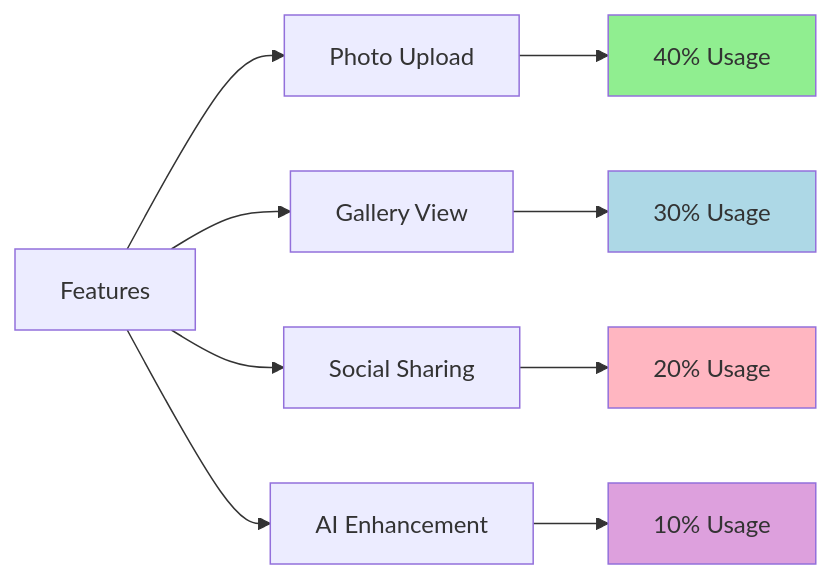
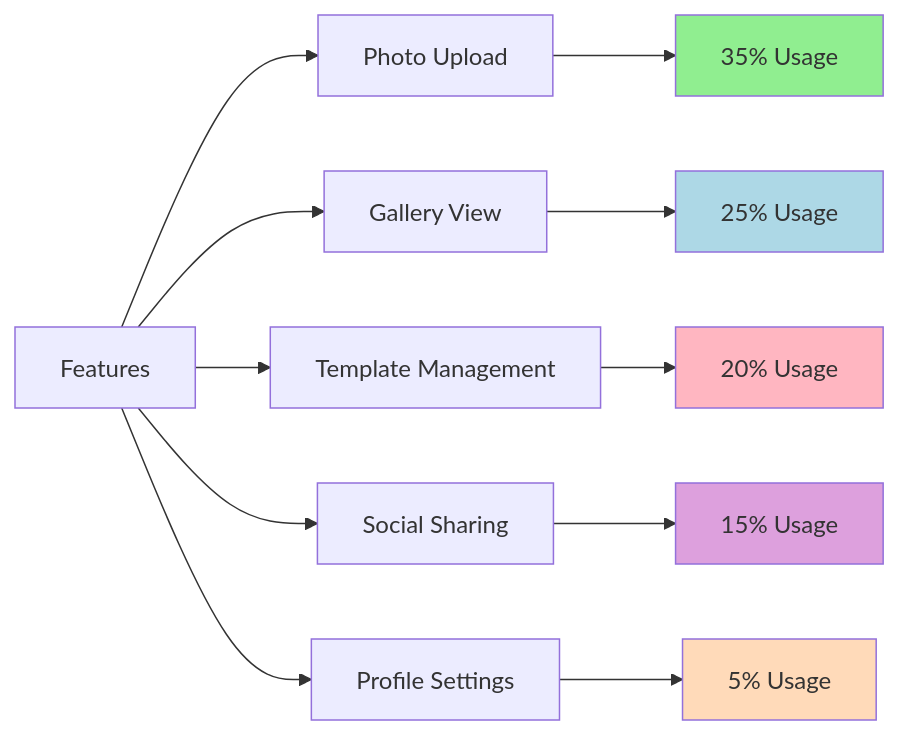
Before and after one commit to mrj0nesmtl/cloud-burst: the fourth of 4 diagrams in docs/user-flows/user_flow_overview.md, drawn with Mermaid. The commit also changed other lines of this file and 28 other files, not shown here.

Commit message:
v0.1.17: Documentation Update - Email Template Management System and Project Structure

````diff
--- a/docs/user-flows/user_flow_overview.md
+++ b/docs/user-flows/user_flow_overview.md
@@ -84,17 +92,20 @@
 ```mermaid
 graph LR
     A[Features] --> B[Photo Upload]
     A --> C[Gallery View]
-    A --> D[Social Sharing]
-    A --> E[AI Enhancement]
+    A --> D[Template Management]
+    A --> E[Social Sharing]
+    A --> F[Profile Settings]
     
-    B --> F[40% Usage]
-    C --> G[30% Usage]
-    D --> H[20% Usage]
-    E --> I[10% Usage]
+    B --> G[35% Usage]
+    C --> H[25% Usage]
+    D --> I[20% Usage]
+    E --> J[15% Usage]
+    F --> K[5% Usage]
 
-    style F fill:#90EE90
-    style G fill:#ADD8E6
-    style H fill:#FFB6C1
-    style I fill:#DDA0DD
+    style G fill:#90EE90
+    style H fill:#ADD8E6
+    style I fill:#FFB6C1
+    style J fill:#DDA0DD
+    style K fill:#FFDAB9
 ```
````
